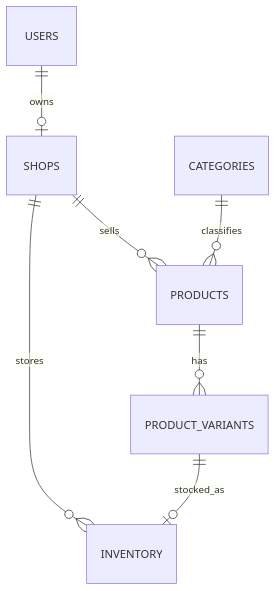
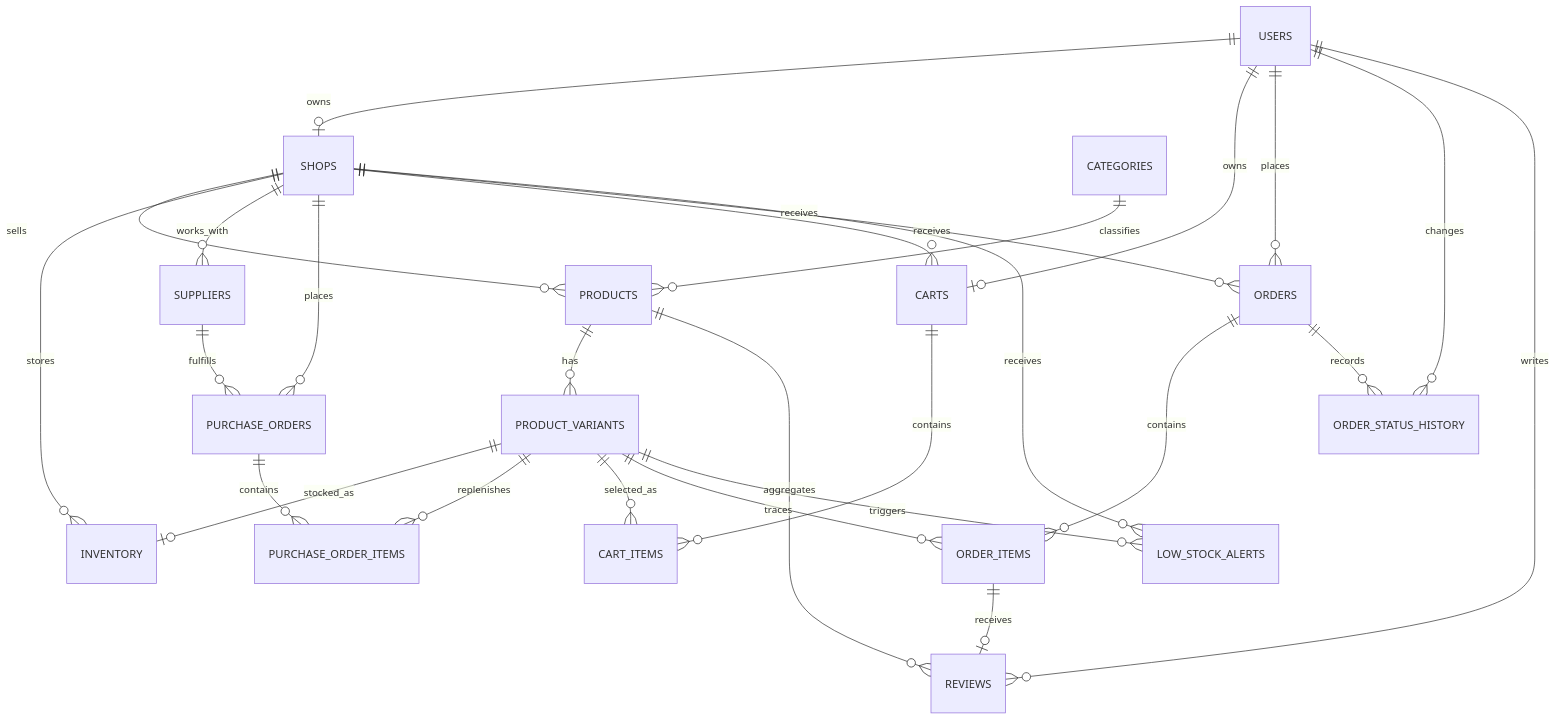
One commit to mewmewancut/DALN changed the diagram in docs/DATABASE.md. Above: the diagram before and after it, drawn with Mermaid. The commit also changed other lines of this file and 13 other files, not shown here.

````diff
--- a/docs/DATABASE.md
+++ b/docs/DATABASE.md
@@ -18,9 +18,29 @@
 ```mermaid
 erDiagram
     USERS ||--o| SHOPS : owns
     SHOPS ||--o{ PRODUCTS : sells
     CATEGORIES ||--o{ PRODUCTS : classifies
     PRODUCTS ||--o{ PRODUCT_VARIANTS : has
     PRODUCT_VARIANTS ||--o| INVENTORY : stocked_as
     SHOPS ||--o{ INVENTORY : stores
+    SHOPS ||--o{ SUPPLIERS : works_with
+    SHOPS ||--o{ PURCHASE_ORDERS : places
+    SUPPLIERS ||--o{ PURCHASE_ORDERS : fulfills
+    PURCHASE_ORDERS ||--o{ PURCHASE_ORDER_ITEMS : contains
+    PRODUCT_VARIANTS ||--o{ PURCHASE_ORDER_ITEMS : replenishes
+    USERS ||--o| CARTS : owns
+    SHOPS ||--o{ CARTS : receives
+    CARTS ||--o{ CART_ITEMS : contains
+    PRODUCT_VARIANTS ||--o{ CART_ITEMS : selected_as
+    USERS ||--o{ ORDERS : places
+    SHOPS ||--o{ ORDERS : receives
+    ORDERS ||--o{ ORDER_ITEMS : contains
+    PRODUCT_VARIANTS ||--o{ ORDER_ITEMS : traces
+    ORDERS ||--o{ ORDER_STATUS_HISTORY : records
+    USERS ||--o{ ORDER_STATUS_HISTORY : changes
+    ORDER_ITEMS ||--o| REVIEWS : receives
+    PRODUCTS ||--o{ REVIEWS : aggregates
+    USERS ||--o{ REVIEWS : writes
+    PRODUCT_VARIANTS ||--o{ LOW_STOCK_ALERTS : triggers
+    SHOPS ||--o{ LOW_STOCK_ALERTS : receives
 ```
````
